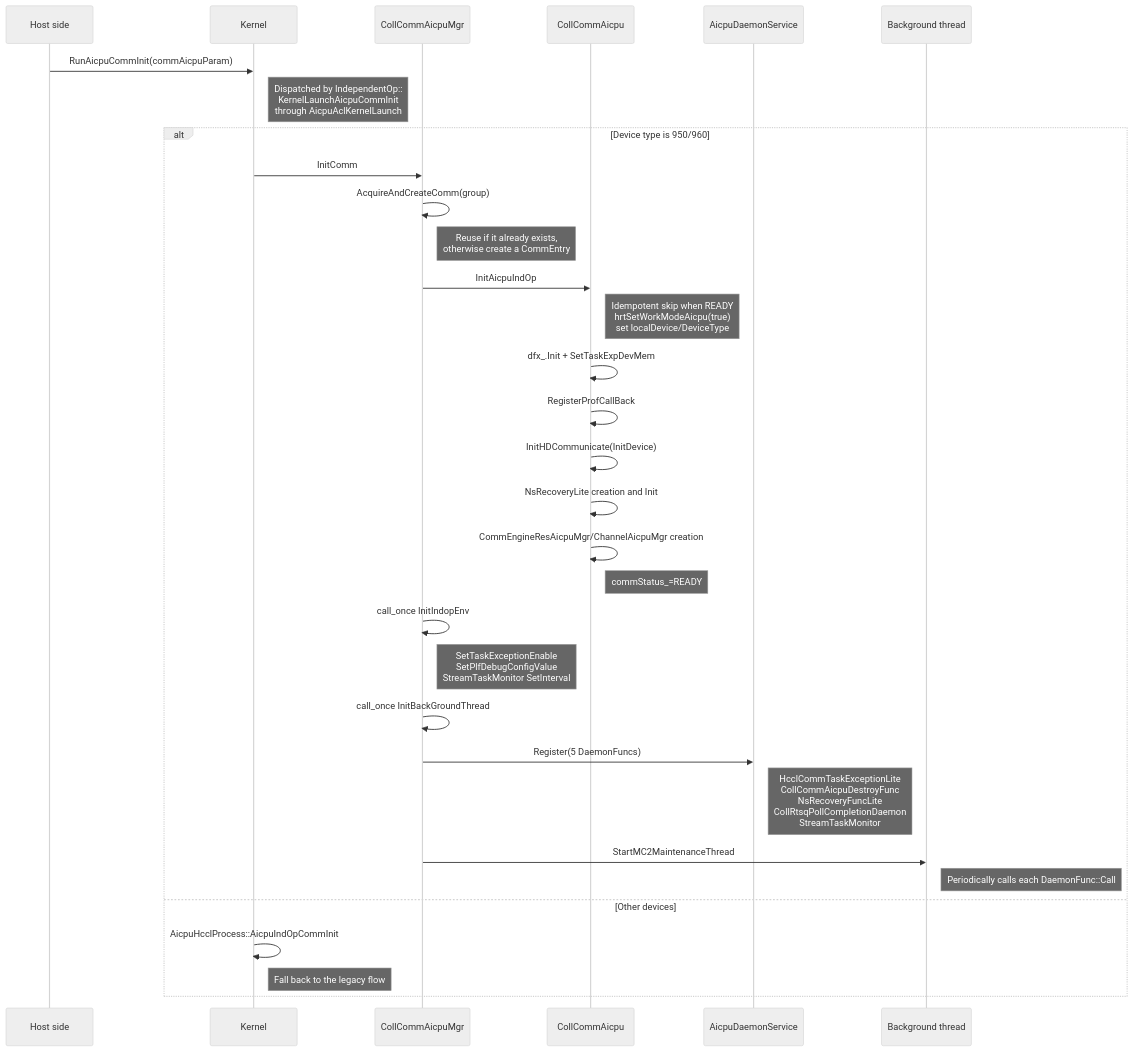
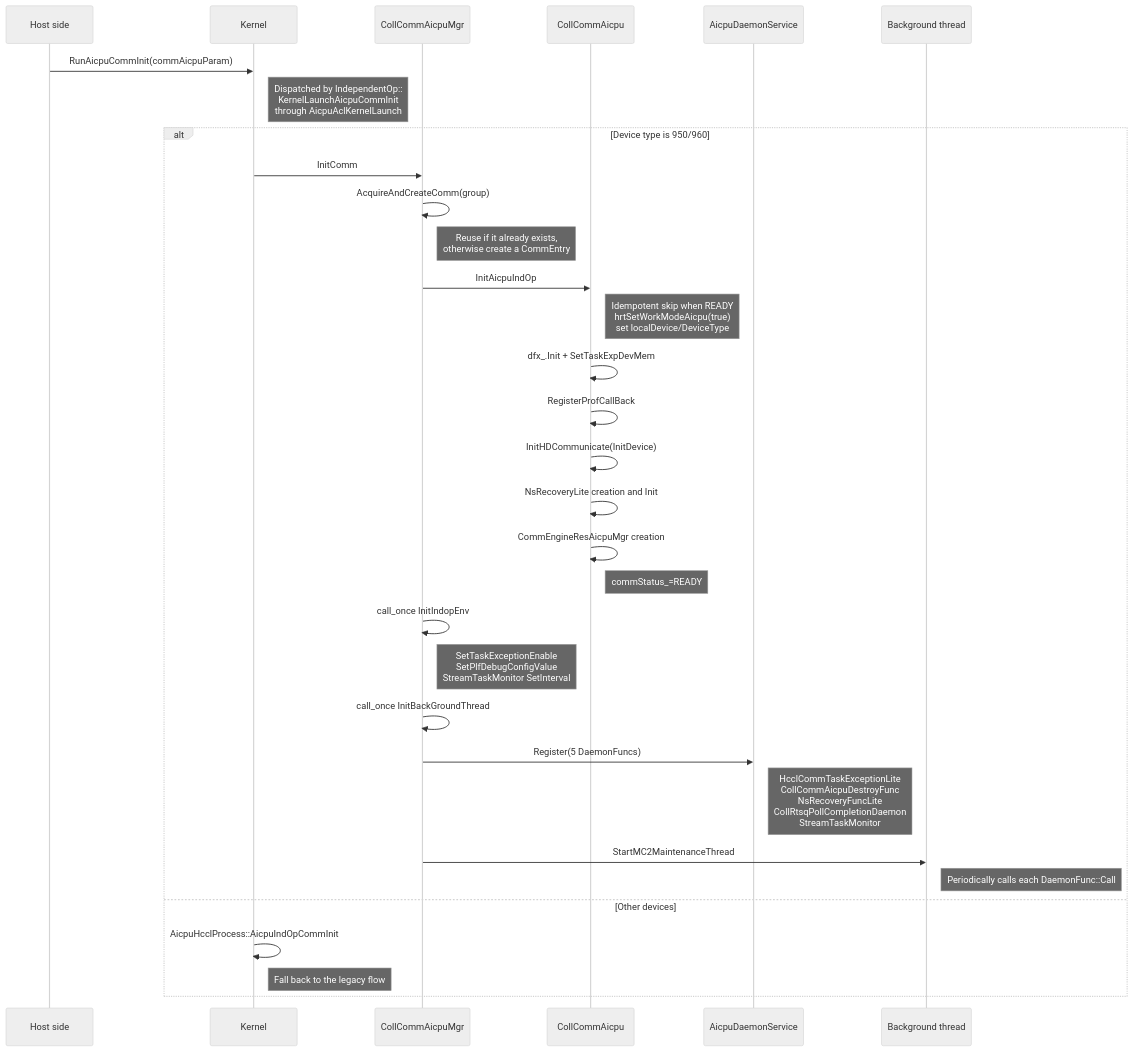
One commit to Atlas-Ascend-Fork/hcomm changed the fourth of 12 diagrams in src/coll_communicator_mgr/communicator/communicator_en.md. Above: the diagram before and after it, drawn with Mermaid (neutral theme). The commit also changed other lines of this file and 4 other files, not shown here.

````diff
--- a/src/coll_communicator_mgr/communicator/communicator_en.md
+++ b/src/coll_communicator_mgr/communicator/communicator_en.md
@@ -221,40 +217,40 @@
 ```mermaid
 sequenceDiagram
     participant Host side
     participant Kernel
     participant CollCommAicpuMgr
     participant CollCommAicpu
     participant AicpuDaemonService
     participant Background thread
 
     Host side->>Kernel: RunAicpuCommInit(commAicpuParam)
     Note right of Kernel: Dispatched by IndependentOp::<br/>KernelLaunchAicpuCommInit<br/>through AicpuAclKernelLaunch
 
     alt Device type is 950/960
         Kernel->>CollCommAicpuMgr: InitComm
         CollCommAicpuMgr->>CollCommAicpuMgr: AcquireAndCreateComm(group)
         Note right of CollCommAicpuMgr: Reuse if it already exists,<br/>otherwise create a CommEntry
 
         CollCommAicpuMgr->>CollCommAicpu: InitAicpuIndOp
         Note right of CollCommAicpu: Idempotent skip when READY<br/>hrtSetWorkModeAicpu(true)<br/>set localDevice/DeviceType
 
         CollCommAicpu->>CollCommAicpu: dfx_.Init + SetTaskExpDevMem
         CollCommAicpu->>CollCommAicpu: RegisterProfCallBack
         CollCommAicpu->>CollCommAicpu: InitHDCommunicate(InitDevice)
         CollCommAicpu->>CollCommAicpu: NsRecoveryLite creation and Init
-        CollCommAicpu->>CollCommAicpu: CommEngineResAicpuMgr/ChannelAicpuMgr creation
+        CollCommAicpu->>CollCommAicpu: CommEngineResAicpuMgr creation
         Note right of CollCommAicpu: commStatus_=READY
 
         CollCommAicpuMgr->>CollCommAicpuMgr: call_once InitIndopEnv
         Note right of CollCommAicpuMgr: SetTaskExceptionEnable<br/>SetPlfDebugConfigValue<br/>StreamTaskMonitor SetInterval
 
         CollCommAicpuMgr->>CollCommAicpuMgr: call_once InitBackGroundThread
         CollCommAicpuMgr->>AicpuDaemonService: Register(5 DaemonFuncs)
         Note right of AicpuDaemonService: HcclCommTaskExceptionLite<br/>CollCommAicpuDestroyFunc<br/>NsRecoveryFuncLite<br/>CollRtsqPollCompletionDaemon<br/>StreamTaskMonitor
         CollCommAicpuMgr->>Background thread: StartMC2MaintenanceThread
         Note right of Background thread: Periodically calls each DaemonFunc::Call
     else Other devices
         Kernel->>Kernel: AicpuHcclProcess::AicpuIndOpCommInit
         Note right of Kernel: Fall back to the legacy flow
     end
 ```
````
